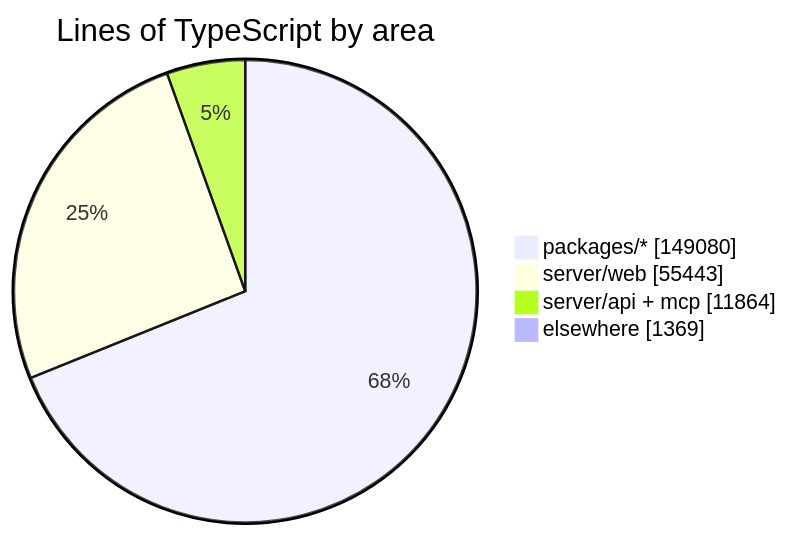
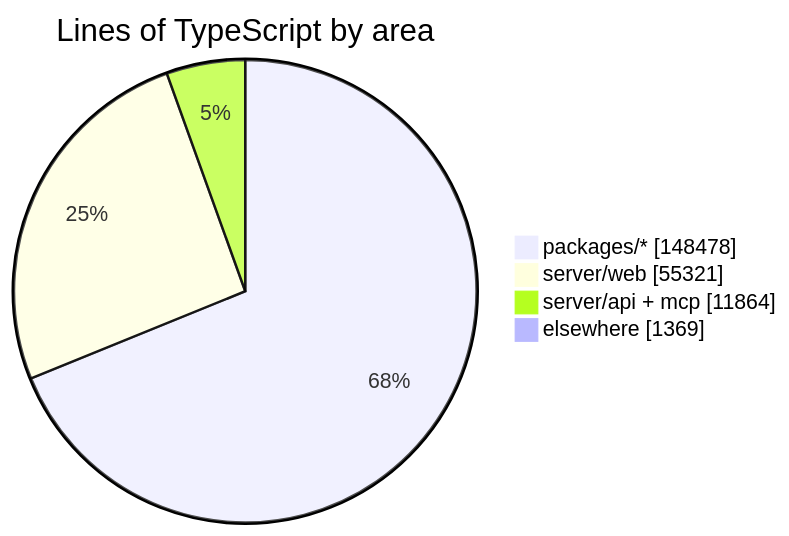
Before and after one commit to crossworks-engineering/mantle: the diagram in README.md, drawn with Mermaid. The commit also changed other lines of this file and 2 other files, not shown here.

````diff
--- a/README.md
+++ b/README.md
@@ -279,7 +279,7 @@
 ```mermaid
 pie showData title Lines of TypeScript by area
-    "packages/*" : 149080
-    "server/web" : 55443
+    "packages/*" : 148478
+    "server/web" : 55321
     "server/api + mcp" : 11864
     "elsewhere" : 1369
 ```
````
